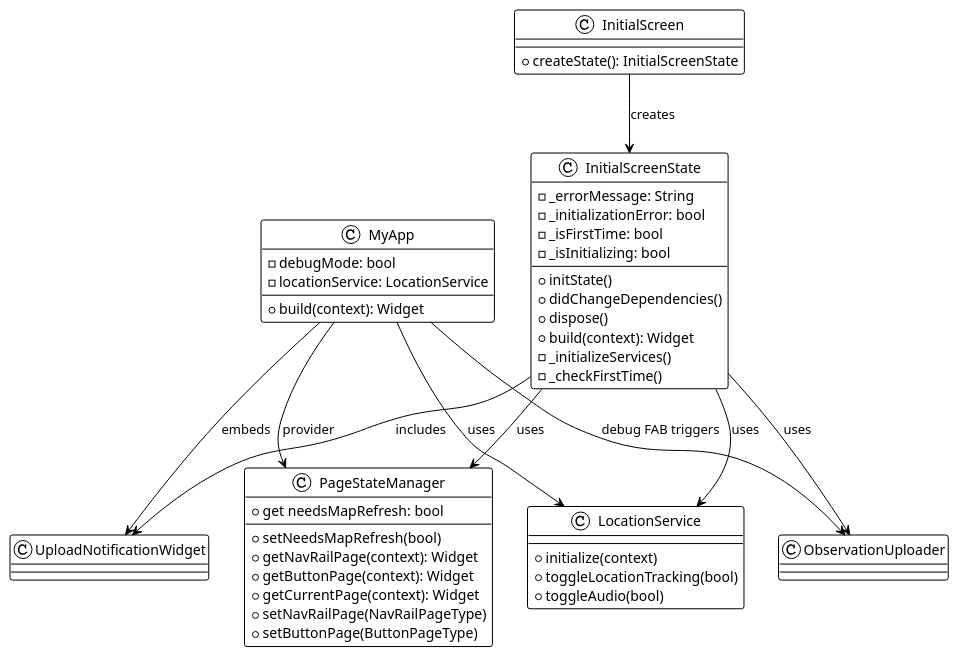
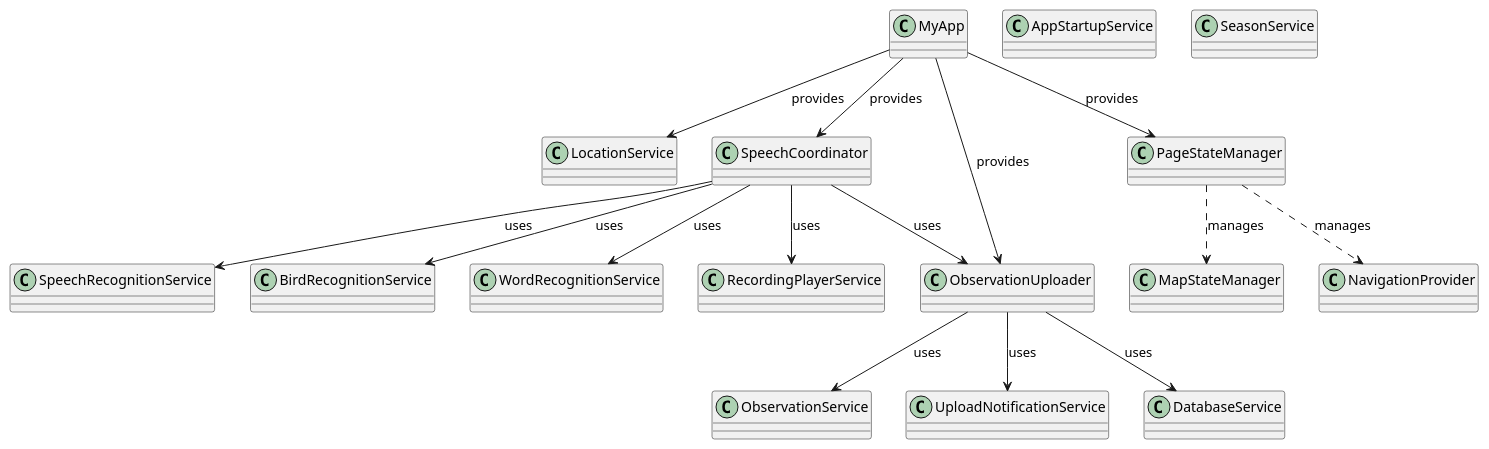
The diagram in diagrams/UML_core_architecture.puml (Jakob-worm/UrbanEchoes), drawn with PlantUML before and after one commit.

```diff
--- a/diagrams/UML_core_architecture.puml
+++ b/diagrams/UML_core_architecture.puml
@@ -1,58 +1,37 @@
-@startuml UML_core_architecture
+@startuml
 
-!theme plain
+class LocationService
+class SpeechRecognitionService
+class BirdRecognitionService
+class WordRecognitionService
+class RecordingPlayerService
+class SpeechCoordinator
+class ObservationService
+class ObservationUploader
+class UploadNotificationService
+class PageStateManager
+class MapStateManager
+class NavigationProvider
+class AppStartupService
+class SeasonService
+class DatabaseService
 
-class MyApp {
-  - debugMode: bool
-  - locationService: LocationService
-  + build(context): Widget
-}
+SpeechCoordinator --> SpeechRecognitionService : uses
+SpeechCoordinator --> BirdRecognitionService : uses
+SpeechCoordinator --> WordRecognitionService : uses
+SpeechCoordinator --> RecordingPlayerService : uses
+SpeechCoordinator --> ObservationUploader : uses
 
-class InitialScreen {
-  + createState(): InitialScreenState
-}
+ObservationUploader --> DatabaseService : uses
+ObservationUploader --> ObservationService : uses
+ObservationUploader --> UploadNotificationService : uses
 
-class InitialScreenState {
-  - _errorMessage: String
-  - _initializationError: bool
-  - _isFirstTime: bool
-  - _isInitializing: bool
-  + initState()
-  + didChangeDependencies()
-  + dispose()
-  + build(context): Widget
-  - _initializeServices()
-  - _checkFirstTime()
-}
+PageStateManager ..> MapStateManager : manages
+PageStateManager ..> NavigationProvider : manages
 
-class LocationService {
-  + initialize(context)
-  + toggleLocationTracking(bool)
-  + toggleAudio(bool)
-}
-
-class PageStateManager {
-  + get needsMapRefresh: bool
-  + setNeedsMapRefresh(bool)
-  + getNavRailPage(context): Widget
-  + getButtonPage(context): Widget
-  + getCurrentPage(context): Widget
-  + setNavRailPage(NavRailPageType)
-  + setButtonPage(ButtonPageType)
-}
-
-class UploadNotificationWidget
-class ObservationUploader
-
-MyApp --> LocationService : uses
-MyApp --> PageStateManager : provider
-MyApp --> UploadNotificationWidget : embeds
-MyApp --> ObservationUploader : debug FAB triggers
-
-InitialScreen --> InitialScreenState : creates
-InitialScreenState --> LocationService : uses
-InitialScreenState --> PageStateManager : uses
-InitialScreenState --> UploadNotificationWidget : includes
-InitialScreenState --> ObservationUploader : uses
+MyApp --> LocationService : provides
+MyApp --> SpeechCoordinator : provides
+MyApp --> ObservationUploader : provides
+MyApp --> PageStateManager : provides
 
 @enduml
```
